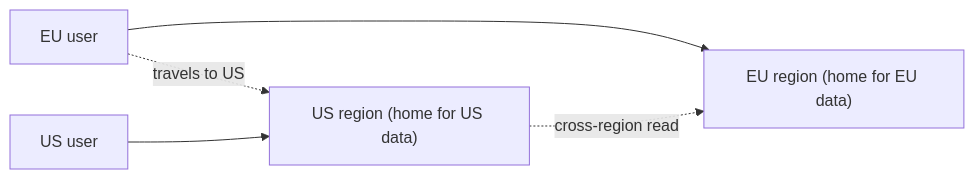
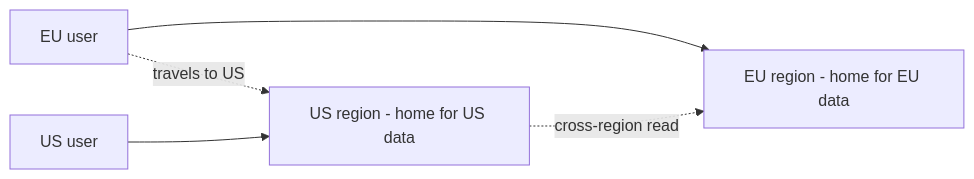
Before and after one commit to RIT-MESH/system-design-mastery: the diagram in docs/10-extreme-scale/01-geo-partitioning-sovereignty.md, drawn with Mermaid. The commit also changed 139 other files, not shown here.

First line of the commit message:
Fix Mermaid parse errors: replace parentheses in node labels across 140 files

````diff
--- a/docs/10-extreme-scale/01-geo-partitioning-sovereignty.md
+++ b/docs/10-extreme-scale/01-geo-partitioning-sovereignty.md
@@ -17,8 +17,8 @@
 ```mermaid
 %% created-for: system-design-mastery
 flowchart LR
-  EUUser["EU user"] --> EURegion["EU region (home for EU data)"]
-  USUser["US user"] --> USRegion["US region (home for US data)"]
+  EUUser["EU user"] --> EURegion["EU region - home for EU data"]
+  USUser["US user"] --> USRegion["US region - home for US data"]
   EUUser -.travels to US.-> USRegion
   USRegion -.cross-region read.-> EURegion
 ```
````
